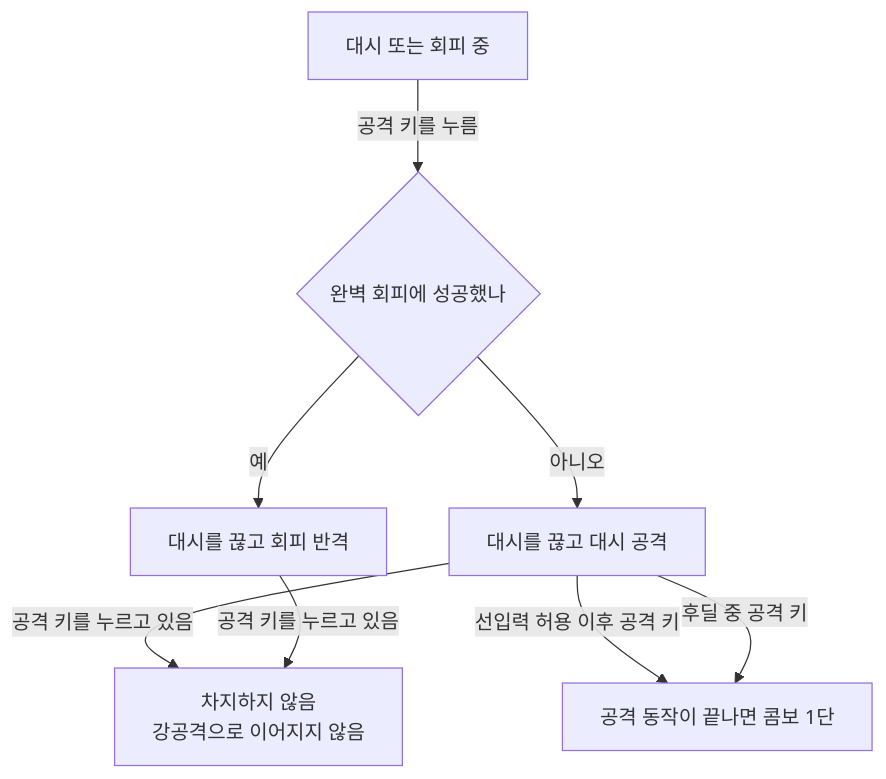
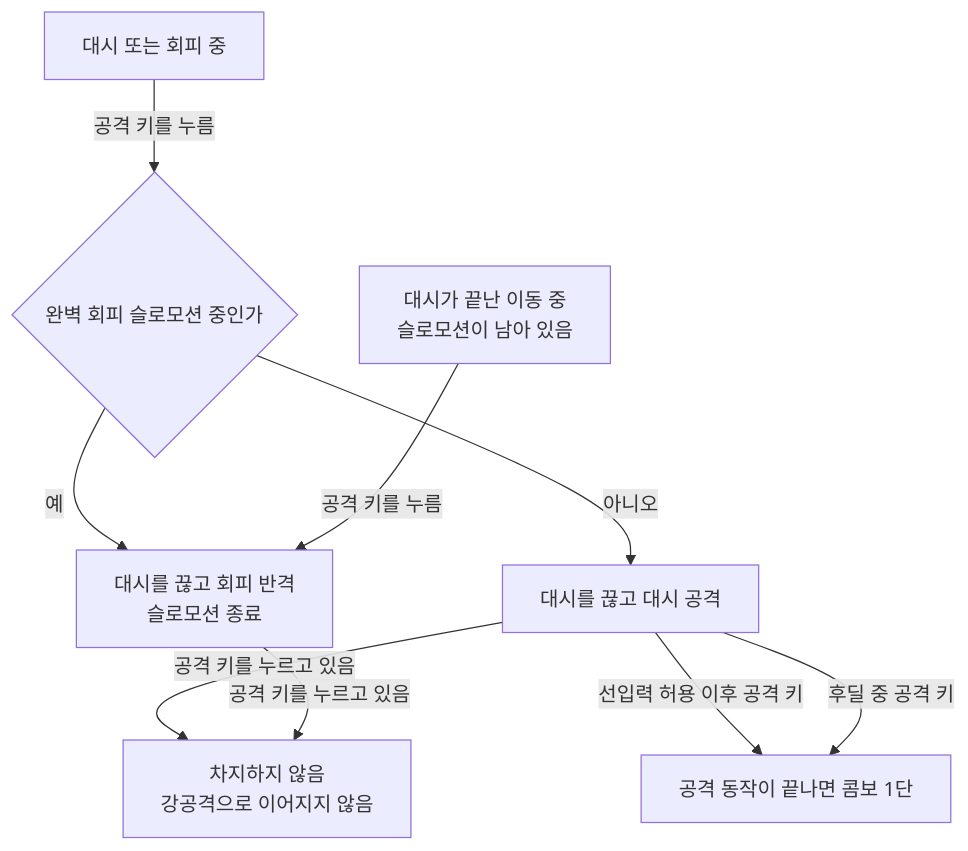
One commit to SquashPrince/Develrocket_mp15_HHH changed the third of 5 diagrams in Docs/Technical/Player/PlayerAttack.md. Above: the diagram before and after it, drawn with Mermaid. The commit also changed other lines of this file and 4 other files, not shown here.

````diff
--- a/Docs/Technical/Player/PlayerAttack.md
+++ b/Docs/Technical/Player/PlayerAttack.md
@@ -86,10 +86,11 @@
 ```mermaid
 flowchart TD
-    D["대시 또는 회피 중"] -->|"공격 키를 누름"| P{"완벽 회피에 성공했나"}
-    P -->|"예"| C["대시를 끊고 회피 반격"]
+    D["대시 또는 회피 중"] -->|"공격 키를 누름"| P{"완벽 회피 슬로모션 중인가"}
+    P -->|"예"| C["대시를 끊고 회피 반격<br>슬로모션 종료"]
+    M["대시가 끝난 이동 중<br>슬로모션이 남아 있음"] -->|"공격 키를 누름"| C
     P -->|"아니오"| A["대시를 끊고 대시 공격"]
     A -->|"선입력 허용 이후 공격 키"| B["공격 동작이 끝나면 콤보 1단"]
     A -->|"후딜 중 공격 키"| B
     A -->|"공격 키를 누르고 있음"| X["차지하지 않음<br>강공격으로 이어지지 않음"]
     C -->|"공격 키를 누르고 있음"| X
 ```
````
